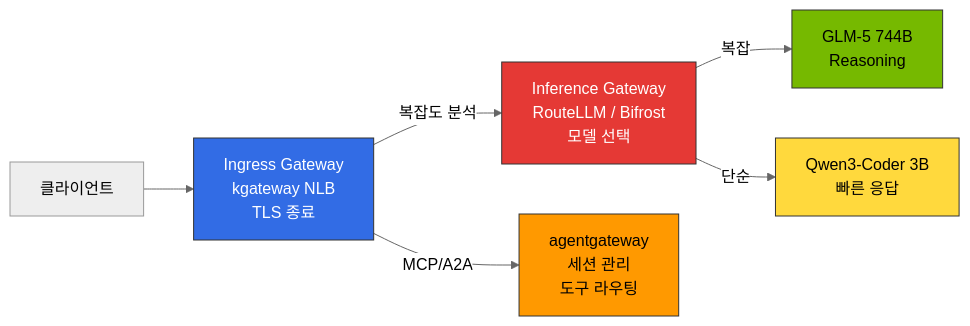
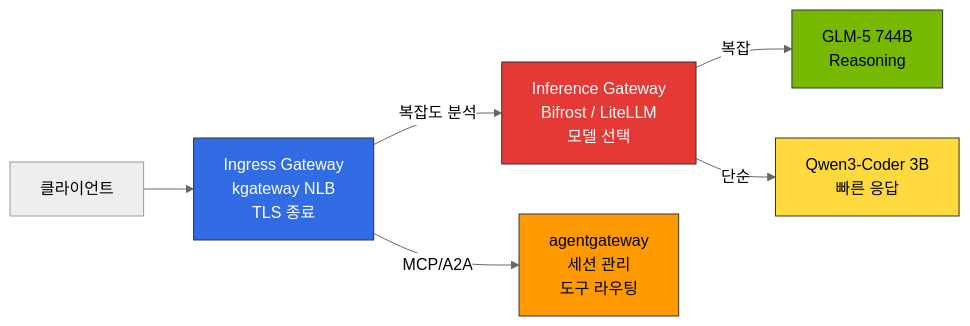
One commit to devfloor9/engineering-playbook changed the first of 5 diagrams in docs/agentic-ai-platform/design-architecture/inference-gateway-routing.md. Above: the diagram before and after it, drawn with Mermaid (neutral theme). The commit also changed other lines of this file and 5 other files, not shown here.

````diff
--- a/docs/agentic-ai-platform/design-architecture/inference-gateway-routing.md
+++ b/docs/agentic-ai-platform/design-architecture/inference-gateway-routing.md
@@ -47,14 +41,14 @@
 ```mermaid
 graph LR
     Client[클라이언트] --> IGW[Ingress Gateway<br/>kgateway NLB<br/>TLS 종료]
-    IGW -->|복잡도 분석| IFG[Inference Gateway<br/>RouteLLM / Bifrost<br/>모델 선택]
+    IGW -->|복잡도 분석| IFG[Inference Gateway<br/>Bifrost / LiteLLM<br/>모델 선택]
     IFG -->|복잡| LLM[GLM-5 744B<br/>Reasoning]
     IFG -->|단순| SLM[Qwen3-Coder 3B<br/>빠른 응답]
     IGW -->|MCP/A2A| AGW[agentgateway<br/>세션 관리<br/>도구 라우팅]
     
     style IGW fill:#326ce5,stroke:#333,color:#fff
     style IFG fill:#e53935,stroke:#333,color:#fff
     style AGW fill:#ff9900,stroke:#333,color:#000
     style LLM fill:#76b900,stroke:#333,color:#000
     style SLM fill:#ffd93d,stroke:#333,color:#000
 ```
````
